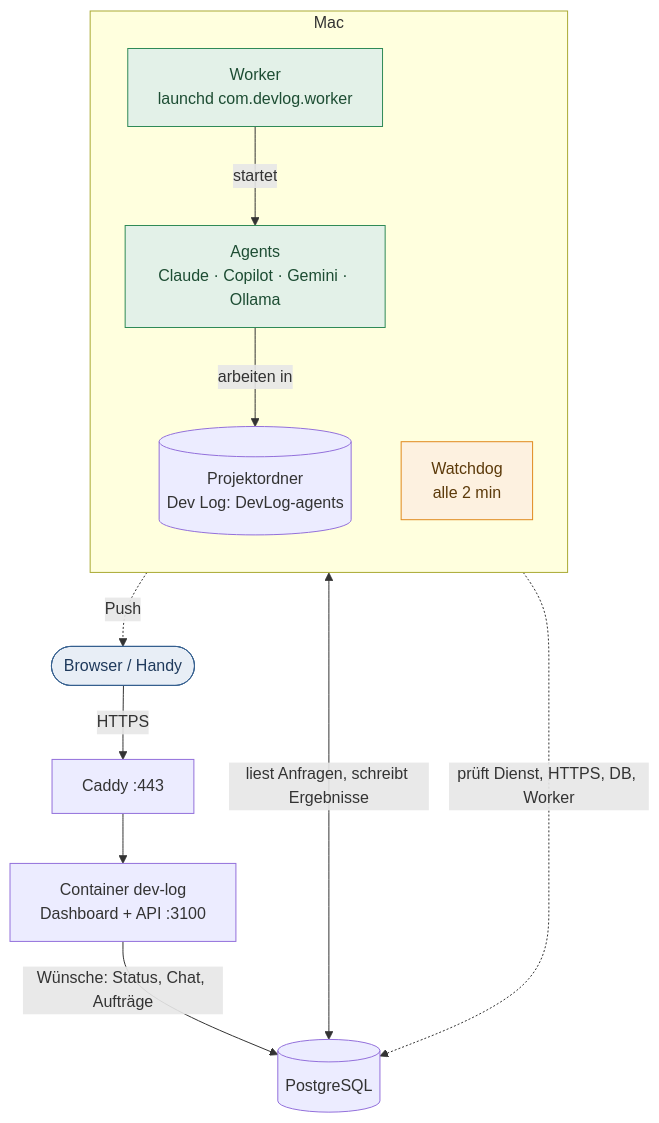
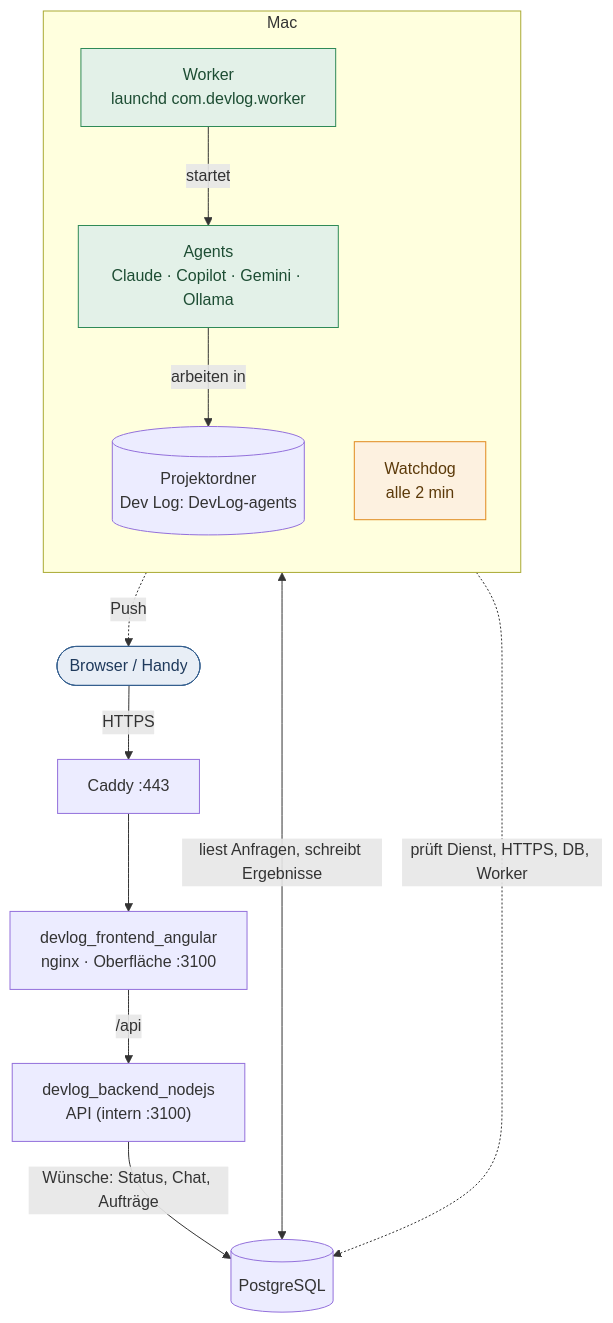
Before and after one commit to zaaaazzy/AutoDEV: the first of 8 diagrams in docs/laufzeit.md, drawn with Mermaid. The commit also changed other lines of this file and 9 other files, not shown here.

First line of the commit message:
feat(docker): eigener Container devlog_frontend_angular für die Oberfläche

````diff
--- a/docs/laufzeit.md
+++ b/docs/laufzeit.md
@@ -9,22 +9,23 @@
 ```mermaid
 flowchart TB
   U(["Browser / Handy"]):::person -->|HTTPS| C["Caddy :443"]
-  C --> API["Container dev-log<br/>Dashboard + API :3100"]
+  C --> FE["devlog_frontend_angular<br/>nginx · Oberfläche :3100"]
+  FE -->|"/api"| API["devlog_backend_nodejs<br/>API (intern :3100)"]
   subgraph MAC["Mac"]
     direction TB
     W["Worker<br/>launchd com.devlog.worker"]:::ok
     WD["Watchdog<br/>alle 2 min"]:::wait
     AG["Agents<br/>Claude · Copilot · Gemini · Ollama"]:::ok
     P[("Projektordner<br/>Dev Log: DevLog-agents")]
   end
   API -->|"Wünsche: Status, Chat, Aufträge"| DB[("PostgreSQL")]
   W <-->|"liest Anfragen, schreibt Ergebnisse"| DB
   W -->|startet| AG
   AG -->|arbeiten in| P
   WD -.->|"prüft Dienst, HTTPS, DB, Worker"| DB
   WD -.->|Push| U
   classDef ok fill:#e3f1e8,stroke:#2f8a57,color:#1d4d33
   classDef bad fill:#fbe9e4,stroke:#b4472f,color:#6b2717
   classDef wait fill:#fdf1e0,stroke:#e08a1e,color:#5c3a0a
   classDef person fill:#e8eef6,stroke:#36608f,color:#1f3a5c
 ```
````
